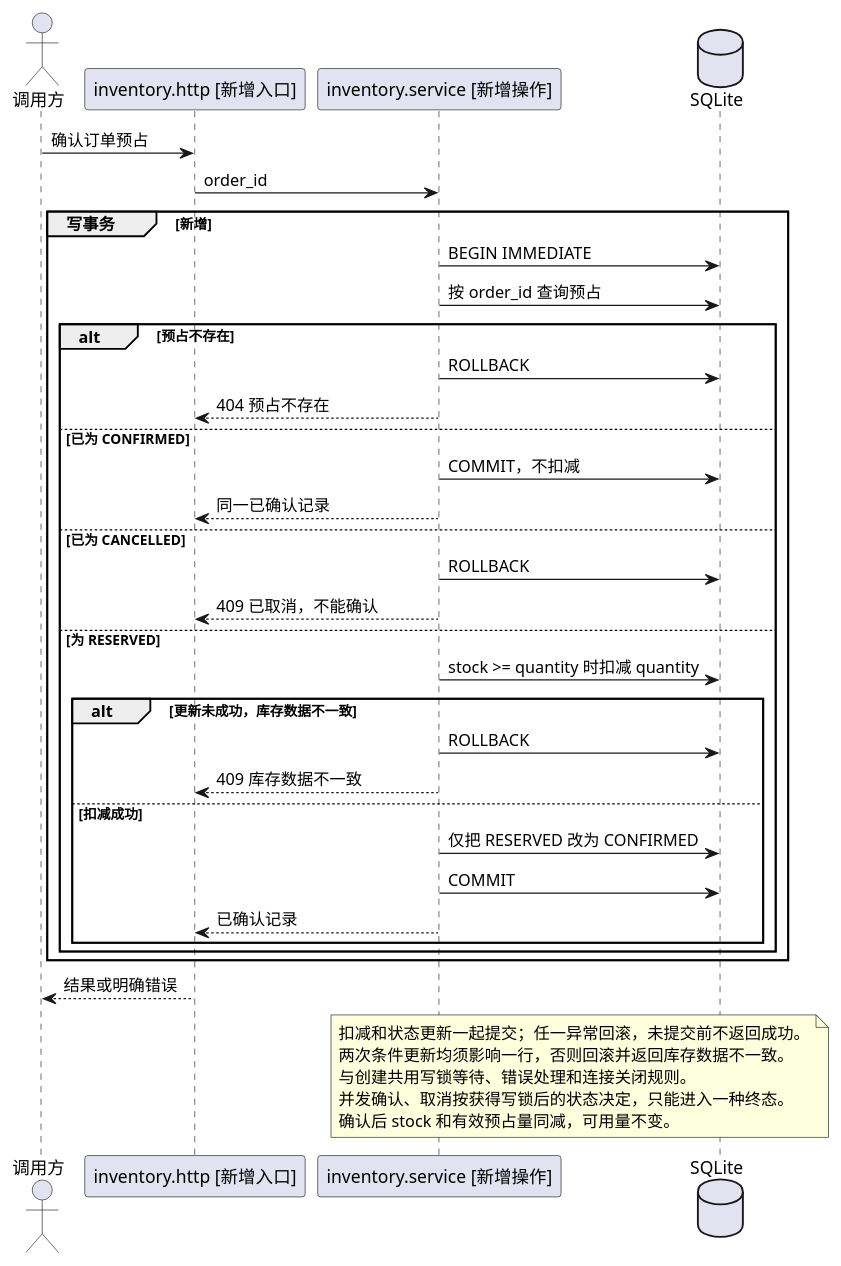
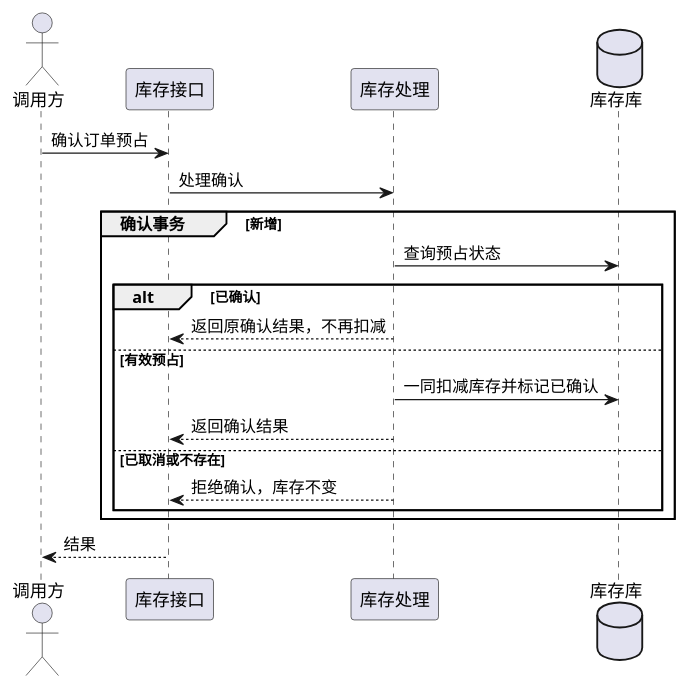
Before and after one commit to Leeycw96/harness-project: the diagram in keel-test/.keel/plans/inventory-reservations.features/confirm-reservation.md, drawn with PlantUML. The commit also changed other lines of this file and 15 other files, not shown here.

Commit message:
spec: 精简验收报告与业务图表表达

````diff
--- a/keel-test/.keel/plans/inventory-reservations.features/confirm-reservation.md
+++ b/keel-test/.keel/plans/inventory-reservations.features/confirm-reservation.md
@@ -12,42 +12,22 @@
 ```plantuml
 @startuml
 actor 调用方 as Caller
-participant "inventory.http [新增入口]" as API
-participant "inventory.service [新增操作]" as Service
-database SQLite as DB
+participant 库存接口 as API
+participant 库存处理 as Service
+database 库存库 as DB
 Caller -> API : 确认订单预占
-API -> Service : order_id
-group 写事务 [新增]
-  Service -> DB : BEGIN IMMEDIATE
-  Service -> DB : 按 order_id 查询预占
-  alt 预占不存在
-    Service -> DB : ROLLBACK
-    Service --> API : 404 预占不存在
-  else 已为 CONFIRMED
-    Service -> DB : COMMIT，不扣减
-    Service --> API : 同一已确认记录
-  else 已为 CANCELLED
-    Service -> DB : ROLLBACK
-    Service --> API : 409 已取消，不能确认
-  else 为 RESERVED
-    Service -> DB : stock >= quantity 时扣减 quantity
-    alt 更新未成功，库存数据不一致
-      Service -> DB : ROLLBACK
-      Service --> API : 409 库存数据不一致
-    else 扣减成功
-      Service -> DB : 仅把 RESERVED 改为 CONFIRMED
-      Service -> DB : COMMIT
-      Service --> API : 已确认记录
-    end
+API -> Service : 处理确认
+group 确认事务 [新增]
+  Service -> DB : 查询预占状态
+  alt 已确认
+    Service --> API : 返回原确认结果，不再扣减
+  else 有效预占
+    Service -> DB : 一同扣减库存并标记已确认
+    Service --> API : 返回确认结果
+  else 已取消或不存在
+    Service --> API : 拒绝确认，库存不变
   end
 end
-API --> Caller : 结果或明确错误
-note over Service,DB
-扣减和状态更新一起提交；任一异常回滚，未提交前不返回成功。
-两次条件更新均须影响一行，否则回滚并返回库存数据不一致。
-与创建共用写锁等待、错误处理和连接关闭规则。
-并发确认、取消按获得写锁后的状态决定，只能进入一种终态。
-确认后 stock 和有效预占量同减，可用量不变。
-end note
+API --> Caller : 结果
 @enduml
 ```
````
